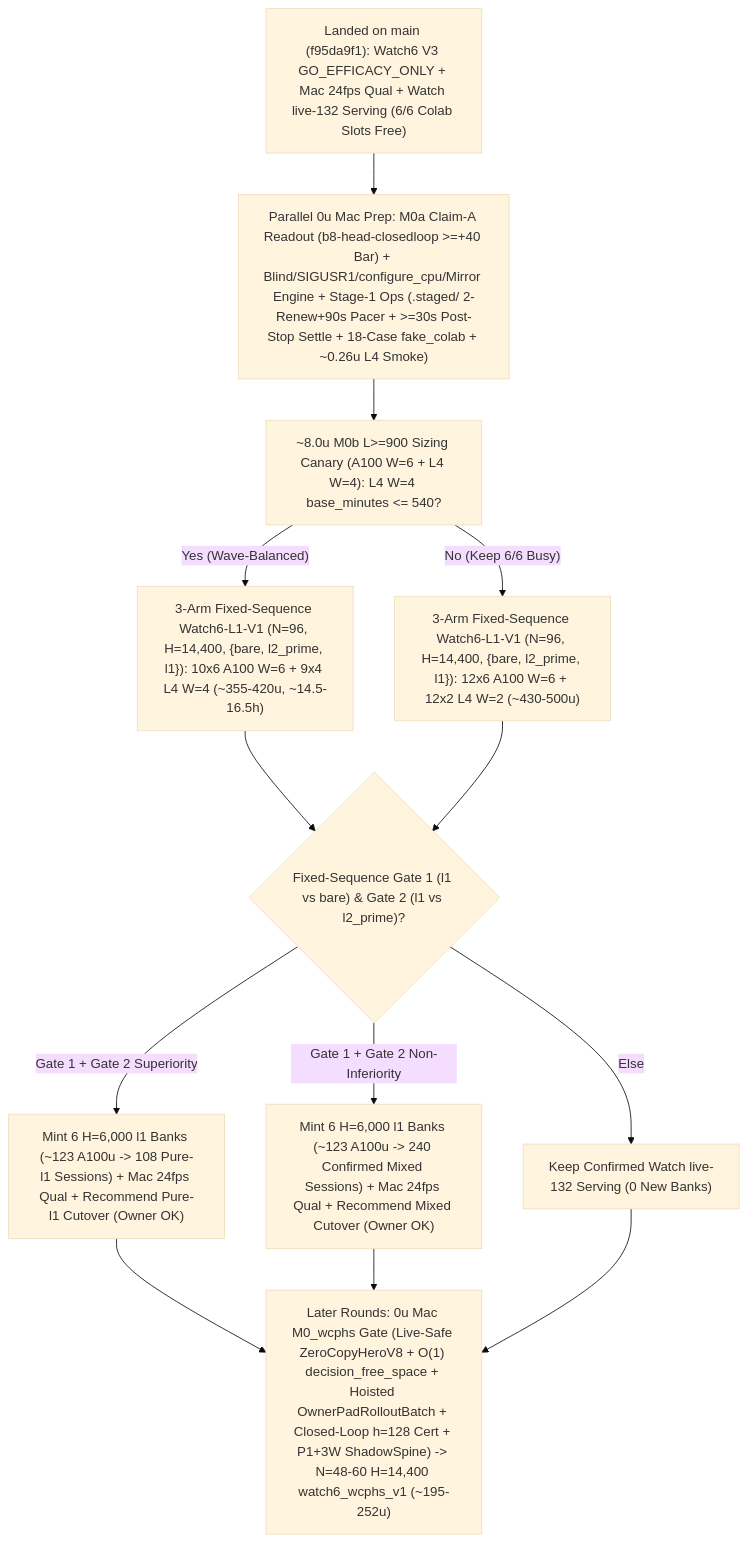
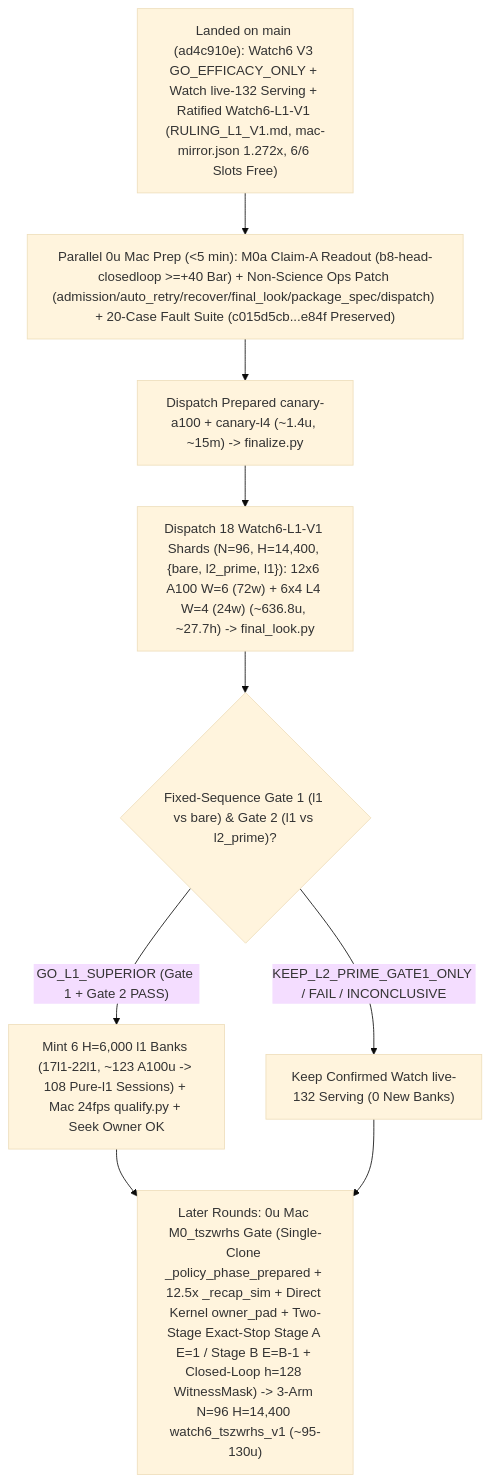
The diagram in docs/research/ROADMAP.md (josenunezwork/snake-dqn), drawn with Mermaid (base theme) before and after one commit. The commit also changed other lines of this file, not shown here.

Commit message:
docs(roadmap): fold in round-21 synthesis as current and later-round advice

````diff
--- a/docs/research/ROADMAP.md
+++ b/docs/research/ROADMAP.md
@@ -108,15 +106,11 @@
 ```mermaid
 flowchart TD
-    LIVE["Landed on main (f95da9f1): Watch6 V3 GO_EFFICACY_ONLY + Mac 24fps Qual + Watch live-132 Serving (6/6 Colab Slots Free)"] --> PREP["Parallel 0u Mac Prep: M0a Claim-A Readout (b8-head-closedloop >=+40 Bar) + Blind/SIGUSR1/configure_cpu/Mirror Engine + Stage-1 Ops (.staged/ 2-Renew+90s Pacer + >=30s Post-Stop Settle + 18-Case fake_colab + ~0.26u L4 Smoke)"]
-    PREP --> M0B["~8.0u M0b L>=900 Sizing Canary (A100 W=6 + L4 W=4): L4 W=4 base_minutes <= 540?"]
-    M0B -- "Yes (Wave-Balanced)" --> V1A["3-Arm Fixed-Sequence Watch6-L1-V1 (N=96, H=14,400, {bare, l2_prime, l1}): 10x6 A100 W=6 + 9x4 L4 W=4 (~355-420u, ~14.5-16.5h)"]
-    M0B -- "No (Keep 6/6 Busy)" --> V1B["3-Arm Fixed-Sequence Watch6-L1-V1 (N=96, H=14,400, {bare, l2_prime, l1}): 12x6 A100 W=6 + 12x2 L4 W=2 (~430-500u)"]
-    V1A --> GATES{"Fixed-Sequence Gate 1 (l1 vs bare) & Gate 2 (l1 vs l2_prime)?"}
-    V1B --> GATES
-    GATES -- "Gate 1 + Gate 2 Superiority" --> SUP["Mint 6 H=6,000 l1 Banks (~123 A100u -> 108 Pure-l1 Sessions) + Mac 24fps Qual + Recommend Pure-l1 Cutover (Owner OK)"]
-    GATES -- "Gate 1 + Gate 2 Non-Inferiority" --> NI["Mint 6 H=6,000 l1 Banks (~123 A100u -> 240 Confirmed Mixed Sessions) + Mac 24fps Qual + Recommend Mixed Cutover (Owner OK)"]
-    GATES -- "Else" --> KEEP["Keep Confirmed Watch live-132 Serving (0 New Banks)"]
-    SUP --> LATER["Later Rounds: 0u Mac M0_wcphs Gate (Live-Safe ZeroCopyHeroV8 + O(1) decision_free_space + Hoisted OwnerPadRolloutBatch + Closed-Loop h=128 Cert + P1+3W ShadowSpine) -> N=48-60 H=14,400 watch6_wcphs_v1 (~195-252u)"]
-    NI --> LATER
+    LIVE["Landed on main (ad4c910e): Watch6 V3 GO_EFFICACY_ONLY + Watch live-132 Serving + Ratified Watch6-L1-V1 (RULING_L1_V1.md, mac-mirror.json 1.272x, 6/6 Slots Free)"] --> PREP["Parallel 0u Mac Prep (<5 min): M0a Claim-A Readout (b8-head-closedloop >=+40 Bar) + Non-Science Ops Patch (admission/auto_retry/recover/final_look/package_spec/dispatch) + 20-Case Fault Suite (c015d5cb...e84f Preserved)"]
+    PREP --> CAN["Dispatch Prepared canary-a100 + canary-l4 (~1.4u, ~15m) -> finalize.py"]
+    CAN --> SHARDS["Dispatch 18 Watch6-L1-V1 Shards (N=96, H=14,400, {bare, l2_prime, l1}): 12x6 A100 W=6 (72w) + 6x4 L4 W=4 (24w) (~636.8u, ~27.7h) -> final_look.py"]
+    SHARDS --> GATES{"Fixed-Sequence Gate 1 (l1 vs bare) & Gate 2 (l1 vs l2_prime)?"}
+    GATES -- "GO_L1_SUPERIOR (Gate 1 + Gate 2 PASS)" --> SUP["Mint 6 H=6,000 l1 Banks (17l1-22l1, ~123 A100u -> 108 Pure-l1 Sessions) + Mac 24fps qualify.py + Seek Owner OK"]
+    GATES -- "KEEP_L2_PRIME_GATE1_ONLY / FAIL / INCONCLUSIVE" --> KEEP["Keep Confirmed Watch live-132 Serving (0 New Banks)"]
+    SUP --> LATER["Later Rounds: 0u Mac M0_tszwrhs Gate (Single-Clone _policy_phase_prepared + 12.5x _recap_sim + Direct Kernel owner_pad + Two-Stage Exact-Stop Stage A E=1 / Stage B E=B-1 + Closed-Loop h=128 WitnessMask) -> 3-Arm N=96 H=14,400 watch6_tszwrhs_v1 (~95-130u)"]
     KEEP --> LATER
 ```
````
